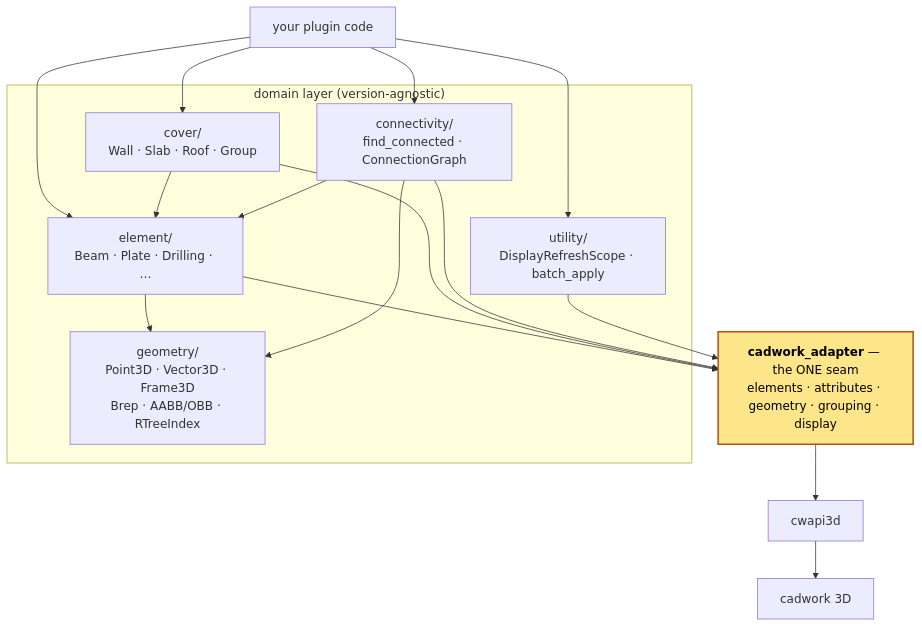
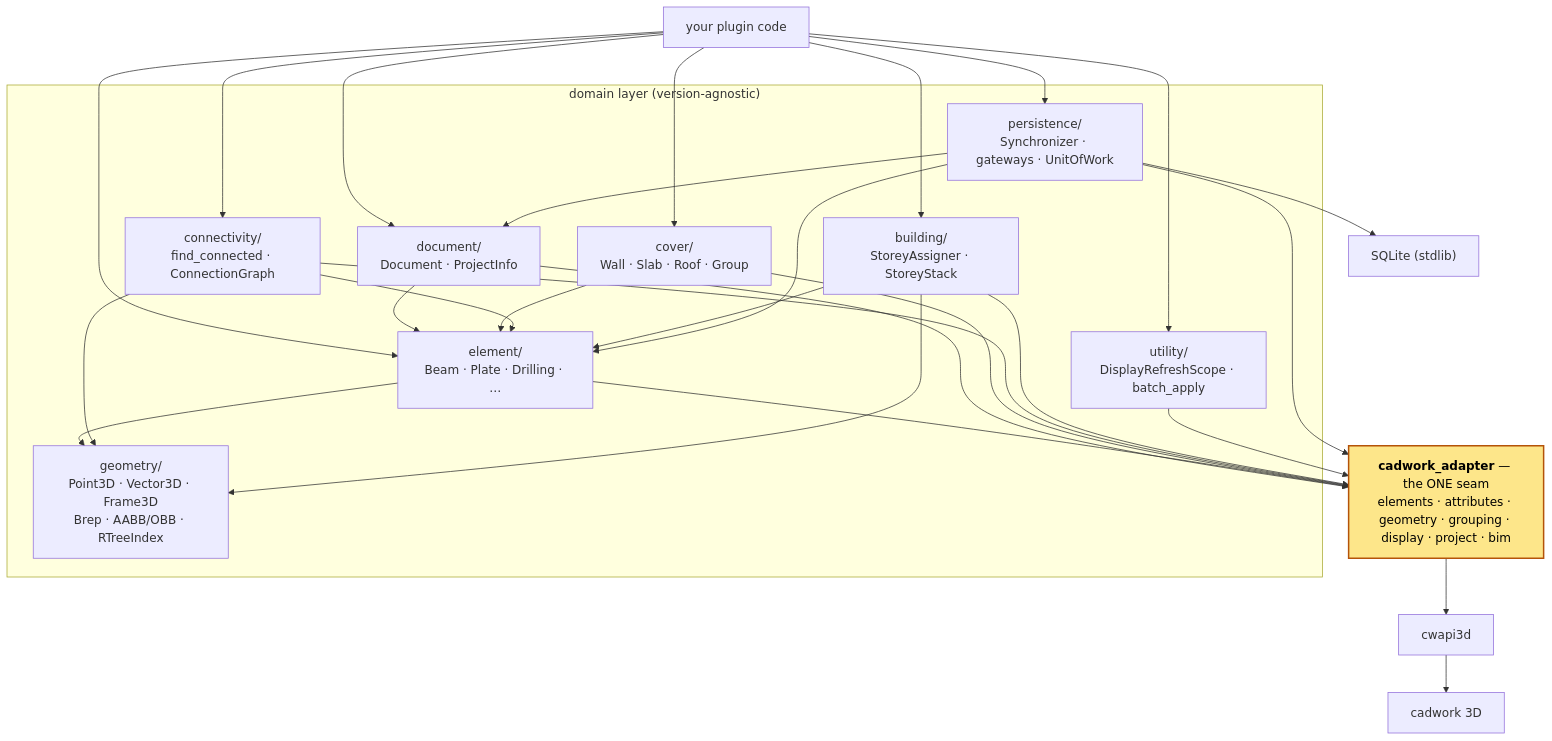
One commit to Brunner246/pycadwork changed the diagram in README.md. Above: the diagram before and after it, drawn with Mermaid. The commit also changed other lines of this file and 33 other files, not shown here.

Commit message:
Add SQL persistence layer: implement normalized 3NF database mapping, Table Data Gateways, synchronization logic, and supporting utilities

````diff
--- a/README.md
+++ b/README.md
@@ -79,26 +137,34 @@
 ```mermaid
 flowchart TD
     app["your plugin code"]
 
     subgraph domain["domain layer (version-agnostic)"]
+        document["document/<br/>Document · ProjectInfo"]
         element["element/<br/>Beam · Plate · Drilling · …"]
         cover["cover/<br/>Wall · Slab · Roof · Group"]
         connectivity["connectivity/<br/>find_connected · ConnectionGraph"]
+        building["building/<br/>StoreyAssigner · StoreyStack"]
         geometry["geometry/<br/>Point3D · Vector3D · Frame3D<br/>Brep · AABB/OBB · RTreeIndex"]
         utility["utility/<br/>DisplayRefreshScope · batch_apply"]
+        persistence["persistence/<br/>Synchronizer · gateways · UnitOfWork"]
     end
 
-    seam["<b>cadwork_adapter</b> — the ONE seam<br/>elements · attributes · geometry · grouping · display"]
+    sqlite["SQLite (stdlib)"]
+    seam["<b>cadwork_adapter</b> — the ONE seam<br/>elements · attributes · geometry · grouping · display · project · bim"]
     cwapi3d["cwapi3d"]
     cadwork["cadwork 3D"]
 
-    app --> element & cover & connectivity & utility
+    app --> document & element & cover & connectivity & building & utility & persistence
+    document --> element
     element --> geometry
     cover --> element
     connectivity --> element & geometry
-    element & cover & connectivity & utility --> seam
+    building --> element & geometry
+    persistence --> document & element
+    document & element & cover & connectivity & building & utility & persistence --> seam
+    persistence --> sqlite
     seam --> cwapi3d --> cadwork
 
     classDef seamStyle fill:#fde68a,stroke:#b45309,stroke-width:2px,color:#000;
     class seam seamStyle
 ```
````
